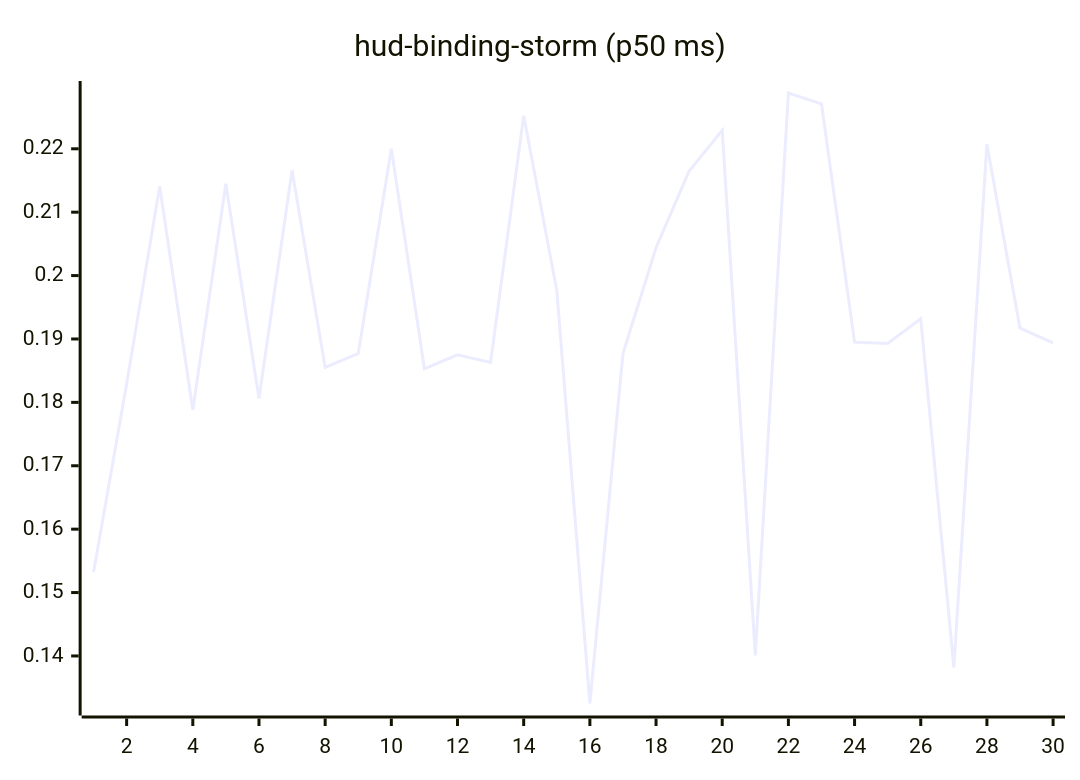
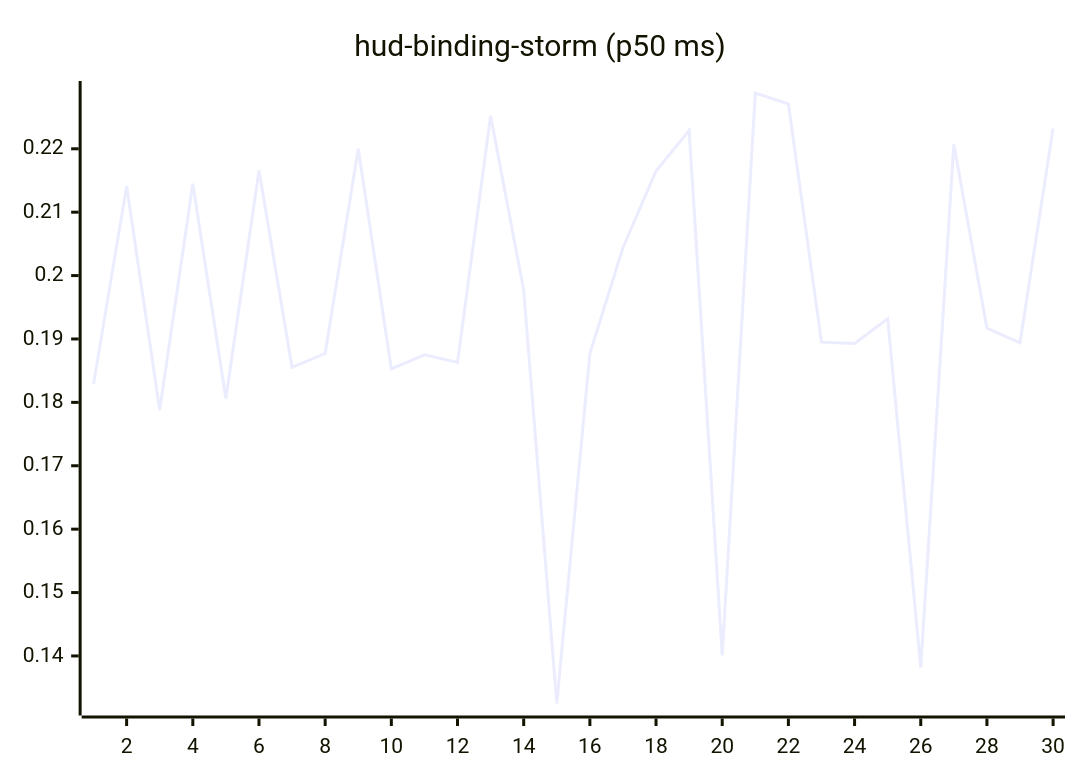
Before and after one commit to josha/Facet: the tenth of 27 diagrams in README.md, drawn with Mermaid. The commit also changed other lines of this file and 2 other files, not shown here.

````diff
--- a/README.md
+++ b/README.md
@@ -126,6 +126,6 @@
 ```mermaid
 xychart-beta
     title "hud-binding-storm (p50 ms)"
     x-axis 1 --> 30
-    line [0.1532, 0.1829, 0.2141, 0.1788, 0.2145, 0.1806, 0.2166, 0.1855, 0.1877, 0.2200, 0.1853, 0.1875, 0.1863, 0.2252, 0.1977, 0.1325, 0.1877, 0.2044, 0.2165, 0.2229, 0.1401, 0.2288, 0.2271, 0.1895, 0.1893, 0.1932, 0.1382, 0.2207, 0.1917, 0.1894]
+    line [0.1829, 0.2141, 0.1788, 0.2145, 0.1806, 0.2166, 0.1855, 0.1877, 0.2200, 0.1853, 0.1875, 0.1863, 0.2252, 0.1977, 0.1325, 0.1877, 0.2044, 0.2165, 0.2229, 0.1401, 0.2288, 0.2271, 0.1895, 0.1893, 0.1932, 0.1382, 0.2207, 0.1917, 0.1894, 0.2232]
 ```
````
